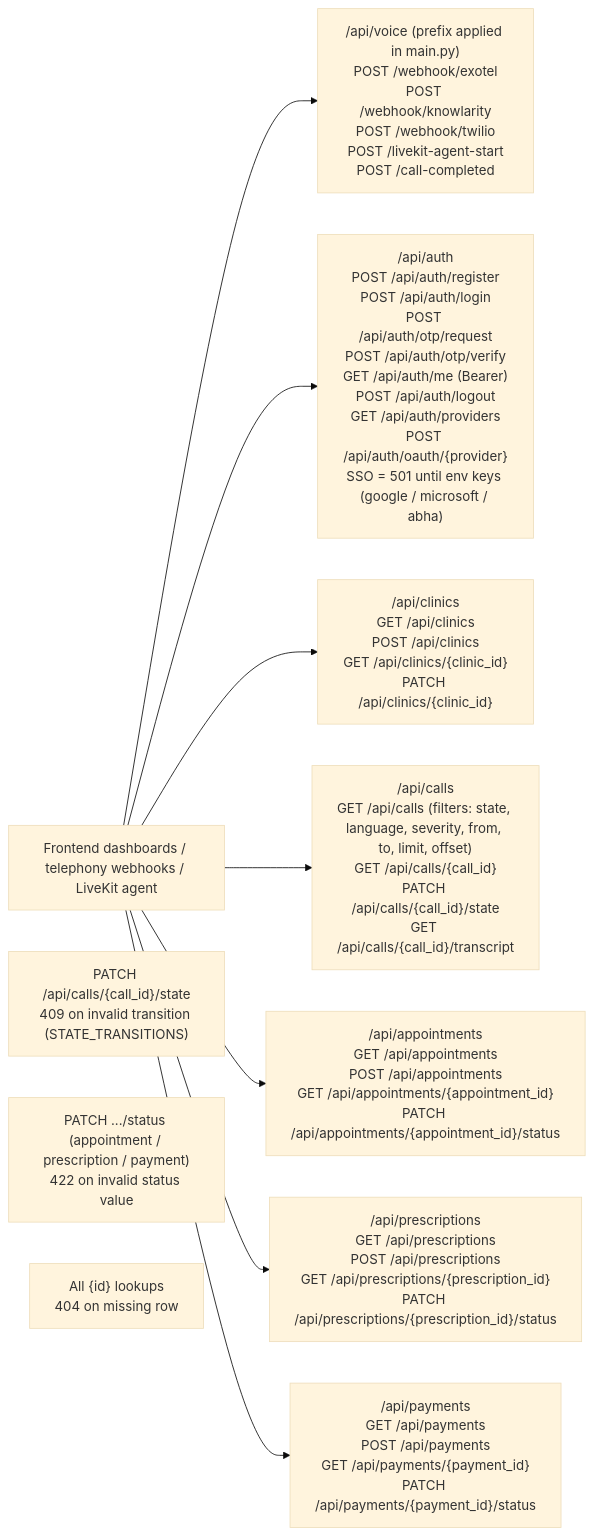
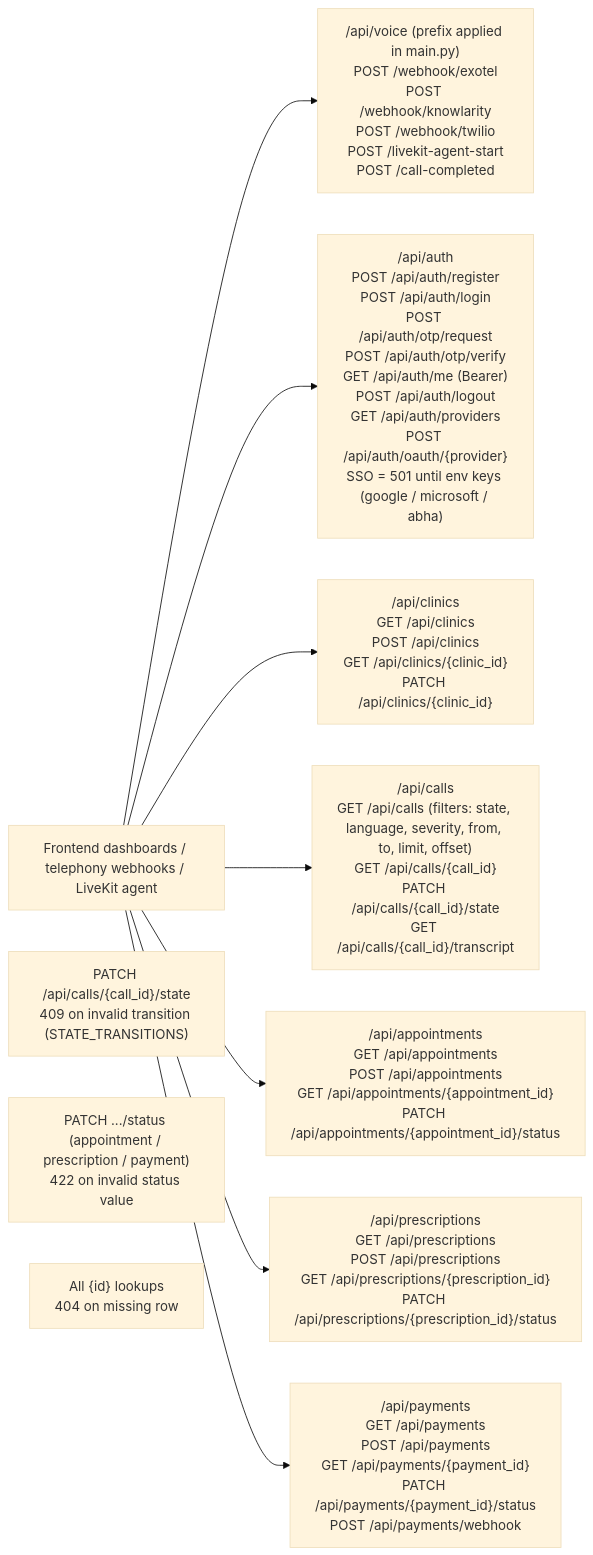
The diagram in docs/uml/03-api-contracts.md (ajayspi/MediCall-AI), drawn with Mermaid (base theme) before and after one commit. The commit also changed other lines of this file and 16 other files, not shown here.

````diff
--- a/docs/uml/03-api-contracts.md
+++ b/docs/uml/03-api-contracts.md
@@ -3,22 +3,22 @@
 ```mermaid
 flowchart LR
     Client["Frontend dashboards / telephony webhooks / LiveKit agent"] --> Voice
     Client --> Auth
     Client --> Clinics
     Client --> Calls
     Client --> Appointments
     Client --> Prescriptions
     Client --> Payments
 
     Auth["/api/auth<br/>POST /api/auth/register<br/>POST /api/auth/login<br/>POST /api/auth/otp/request<br/>POST /api/auth/otp/verify<br/>GET /api/auth/me (Bearer)<br/>POST /api/auth/logout<br/>GET /api/auth/providers<br/>POST /api/auth/oauth/{provider}<br/>SSO = 501 until env keys (google / microsoft / abha)"]
     Voice["/api/voice (prefix applied in main.py)<br/>POST /webhook/exotel<br/>POST /webhook/knowlarity<br/>POST /webhook/twilio<br/>POST /livekit-agent-start<br/>POST /call-completed"]
     Clinics["/api/clinics<br/>GET /api/clinics<br/>POST /api/clinics<br/>GET /api/clinics/{clinic_id}<br/>PATCH /api/clinics/{clinic_id}"]
     Calls["/api/calls<br/>GET /api/calls (filters: state, language, severity, from, to, limit, offset)<br/>GET /api/calls/{call_id}<br/>PATCH /api/calls/{call_id}/state<br/>GET /api/calls/{call_id}/transcript"]
     Appointments["/api/appointments<br/>GET /api/appointments<br/>POST /api/appointments<br/>GET /api/appointments/{appointment_id}<br/>PATCH /api/appointments/{appointment_id}/status"]
     Prescriptions["/api/prescriptions<br/>GET /api/prescriptions<br/>POST /api/prescriptions<br/>GET /api/prescriptions/{prescription_id}<br/>PATCH /api/prescriptions/{prescription_id}/status"]
-    Payments["/api/payments<br/>GET /api/payments<br/>POST /api/payments<br/>GET /api/payments/{payment_id}<br/>PATCH /api/payments/{payment_id}/status"]
+    Payments["/api/payments<br/>GET /api/payments<br/>POST /api/payments<br/>GET /api/payments/{payment_id}<br/>PATCH /api/payments/{payment_id}/status<br/>POST /api/payments/webhook"]
 
     StateGuard["PATCH /api/calls/{call_id}/state<br/>409 on invalid transition (STATE_TRANSITIONS)"]
     StatusGuard["PATCH .../status (appointment / prescription / payment)<br/>422 on invalid status value"]
     NotFound["All {id} lookups<br/>404 on missing row"]
 ```
````
